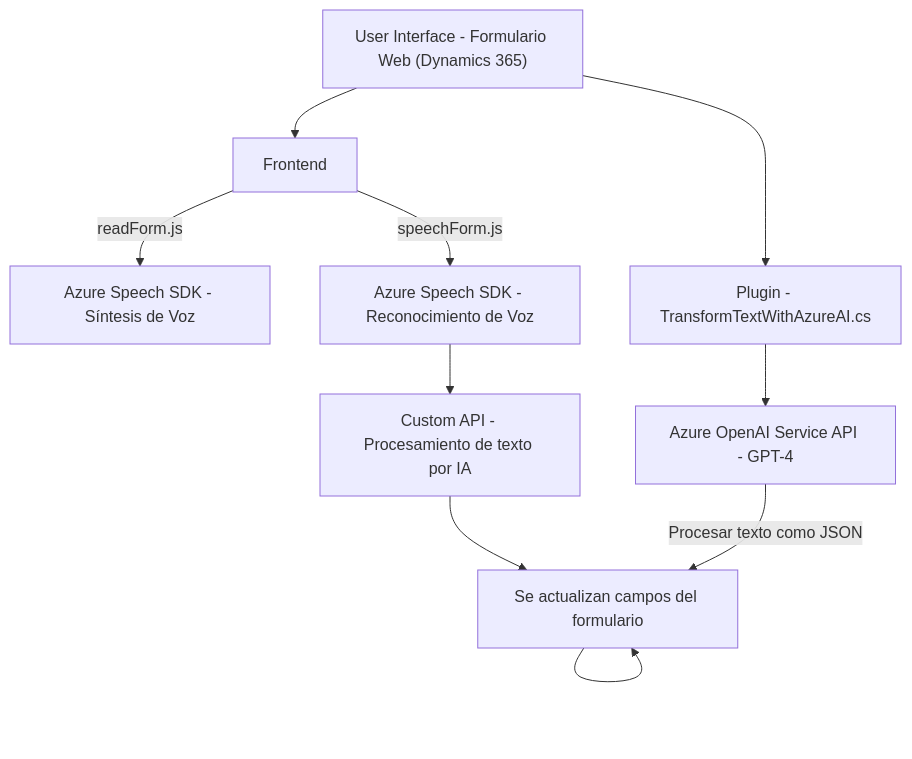
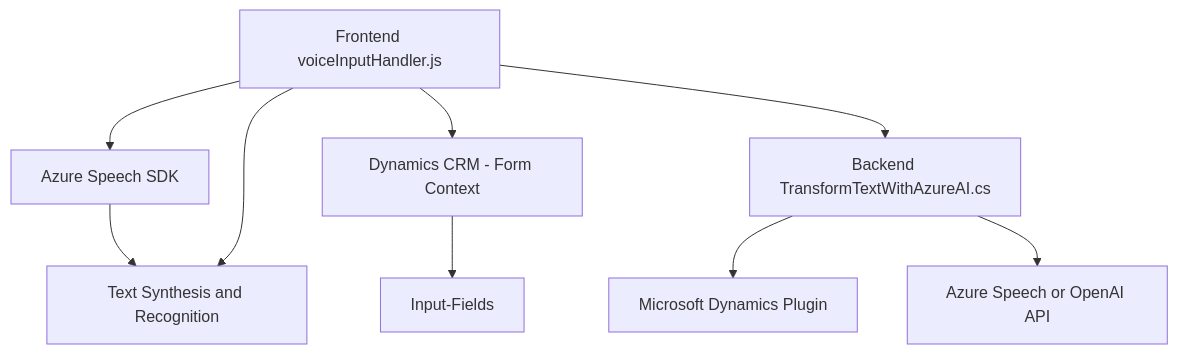
Before and after one commit to blopezdm/NETCORE_BILBAO2025: the diagram in README.md, drawn with Mermaid. The commit also changed other lines of this file, not shown here.

````diff
--- a/README.md
+++ b/README.md
@@ -70,12 +40,11 @@
 ```mermaid
 graph TD
-    A["User Interface - Formulario Web (Dynamics 365)"] --> B["Frontend"]
-    B["Frontend"] -->|readForm.js| C["Azure Speech SDK - Síntesis de Voz"]
-    B["Frontend"] -->|speechForm.js| D["Azure Speech SDK - Reconocimiento de Voz"]
-    D --> E["Custom API - Procesamiento de texto por IA"]
-    E --> F["Microsoft Dynamics 365 CRM - Atributos del Formulario"]
-    F --> F["Se actualizan campos del formulario"]
-    A["User Interface - Formulario Web (Dynamics 365)"] --> G["Plugin - TransformTextWithAzureAI.cs"]
-    G --> H["Azure OpenAI Service API - GPT-4"]
-    H -->|Procesar texto como JSON| F
+    A["Frontend voiceInputHandler.js"] --> B["Azure Speech SDK"]
+    A --> C["Dynamics CRM - Form Context"]
+    C --> D["Input-Fields"]
+    B --> E["Text Synthesis and Recognition"]
+    A --> E
+    A --> F["Backend TransformTextWithAzureAI.cs"]
+    F --> G["Microsoft Dynamics Plugin"]
+    F --> H["Azure Speech or OpenAI API"]
 ```
````
